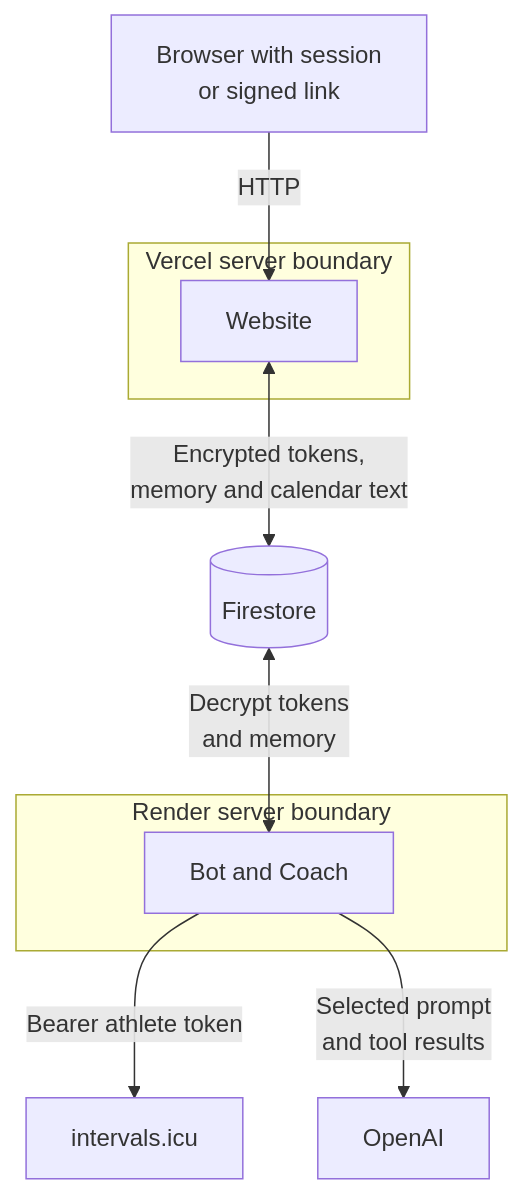
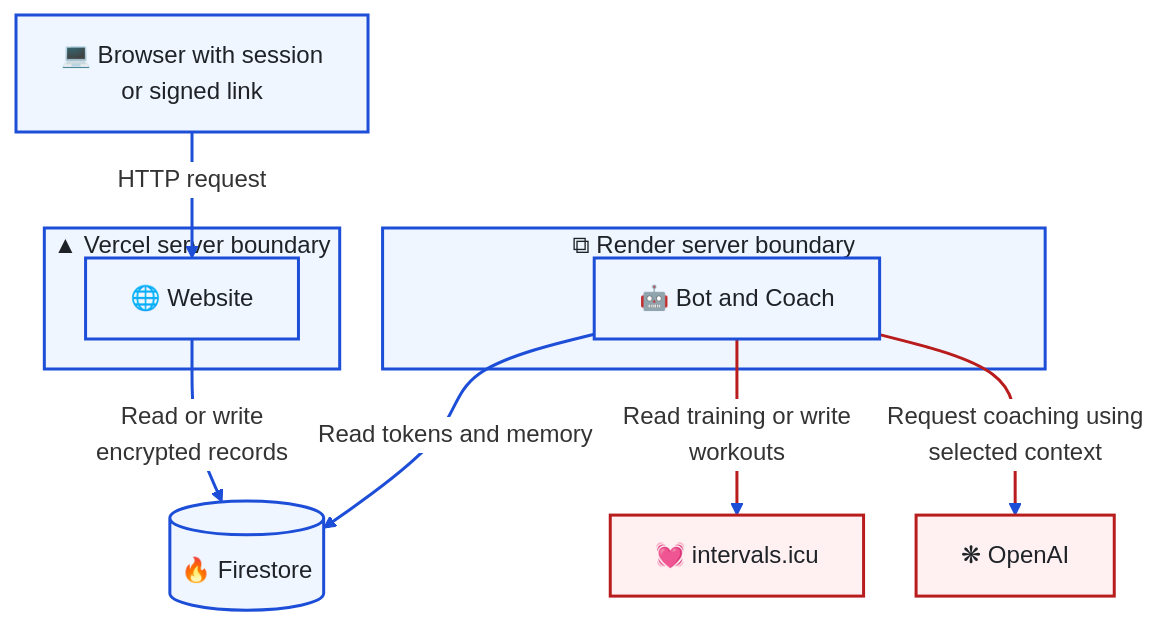
One commit to T00few2/dzr changed the second of 2 diagrams in docs/architecture/security.md. Above: the diagram before and after it, drawn with Mermaid. The commit also changed other lines of this file and 15 other files, not shown here.

First line of the commit message:
docs: standardize Mermaid notation and map the technology stack

````diff
--- a/docs/architecture/security.md
+++ b/docs/architecture/security.md
@@ -65,14 +81,31 @@
 ```mermaid
+---
+config:
+  theme: base
+  themeVariables:
+    edgeLabelBackground: '#ffffff'
+  flowchart:
+    padding: 15
+    nodeSpacing: 35
+    rankSpacing: 40
+---
 flowchart TB
-    browser[Browser with session<br/>or signed link] -->|HTTP| web
-    subgraph vercel[Vercel server boundary]
-        web[Website]
+    browser["💻 Browser with session<br/>or signed link"] -->|HTTP request| web
+    subgraph vercel["▲ Vercel server boundary"]
+        web["🌐 Website"]
     end
-    subgraph render[Render server boundary]
-        bot[Bot and Coach]
+    subgraph render["⧉ Render server boundary"]
+        bot["🤖 Bot and Coach"]
     end
-    web <-->|Encrypted tokens,<br/>memory and calendar text| db[(Firestore)]
-    db <-->|Decrypt tokens<br/>and memory| bot
-    bot -->|Bearer athlete token| intervals[intervals.icu]
-    bot -->|Selected prompt<br/>and tool results| openai[OpenAI]
+    web -->|Read or write<br/>encrypted records| db[("🔥 Firestore")]
+    bot -->|Read tokens and memory| db
+    bot -->|Read training or write<br/>workouts| intervals["💓 intervals.icu"]
+    bot -->|Request coaching using<br/>selected context| openai["❋ OpenAI"]
+    classDef default fill:#eff6ff,stroke:#1d4ed8,stroke-width:2px,color:#1f2328
+    classDef external fill:#fff1f2,stroke:#b91c1c,stroke-width:2px,color:#1f2328
+    linkStyle default stroke:#1d4ed8,stroke-width:2px
+    class intervals,openai external
+    linkStyle 3,4 stroke:#b91c1c,stroke-width:2px
+    style vercel fill:#eff6ff,stroke:#1d4ed8,stroke-width:2px,color:#1f2328
+    style render fill:#eff6ff,stroke:#1d4ed8,stroke-width:2px,color:#1f2328
 ```
````
